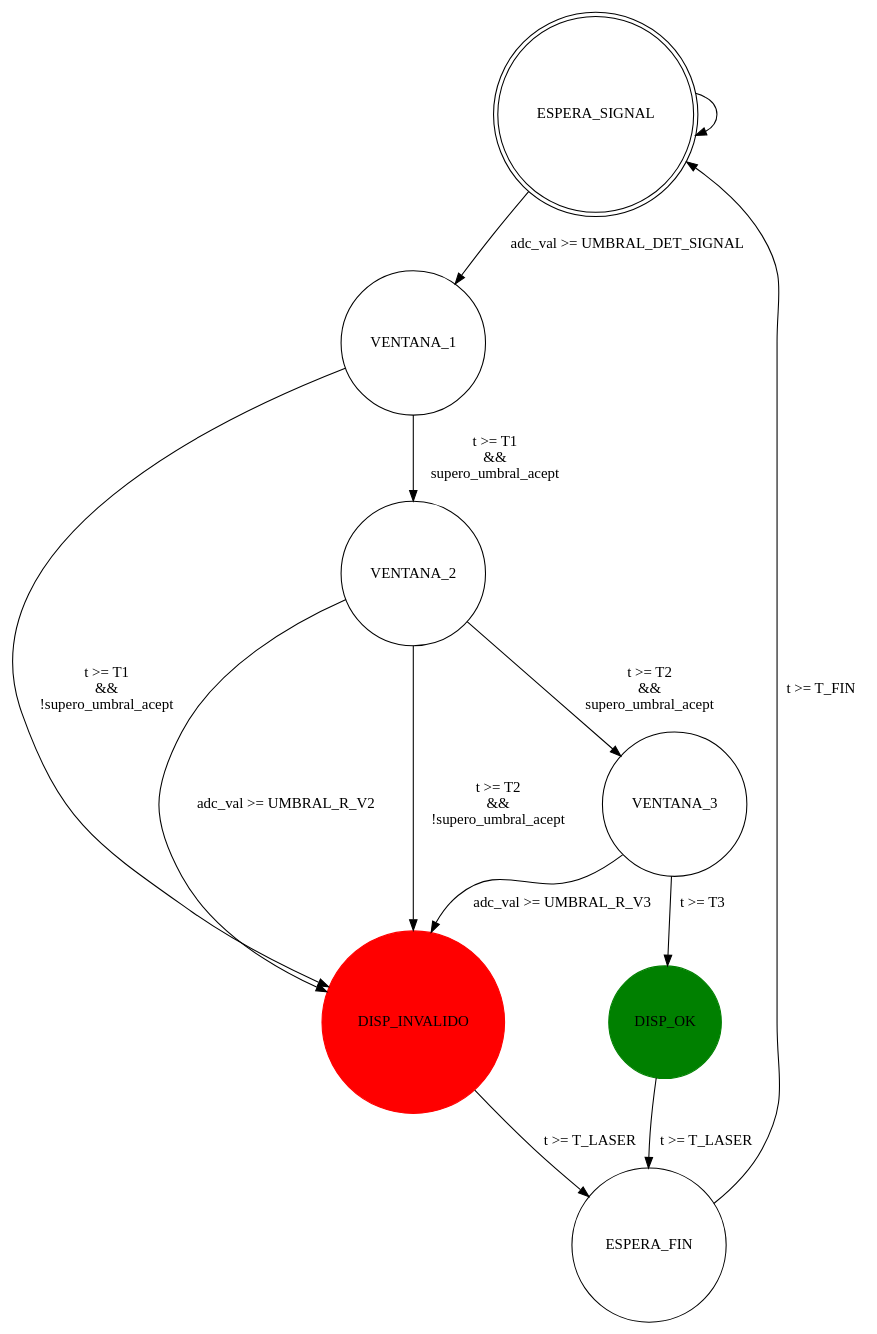
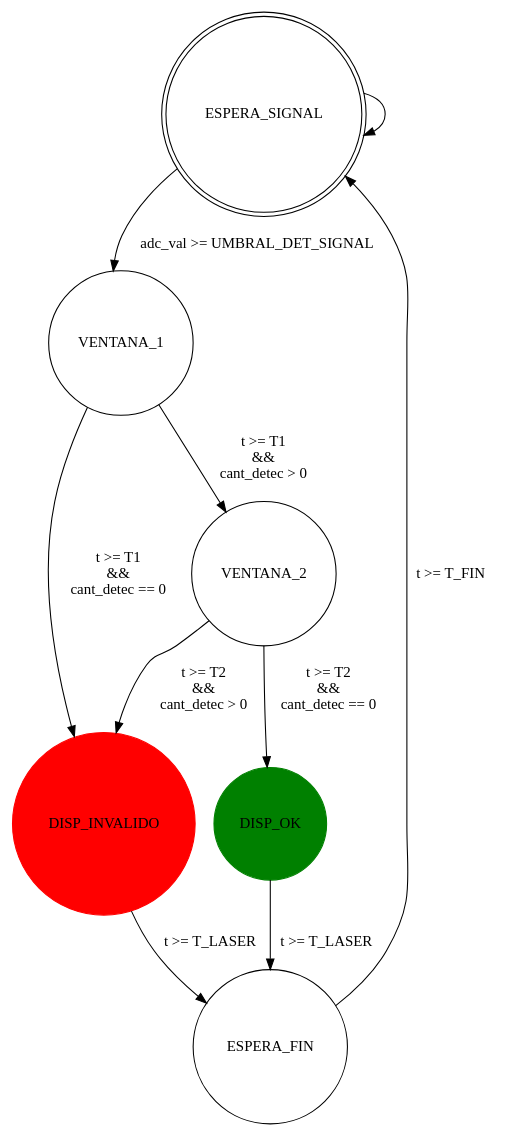
The diagram in fsm.dot (harboleas/deteccion_disparo), drawn with Graphviz before and after one commit. The commit also changed 1 other file, not shown here.

```diff
--- a/fsm.dot
+++ b/fsm.dot
@@ -1,20 +1,17 @@
 digraph FSM
 {
     ESPERA_SIGNAL [shape = doublecircle];
     node [ shape = circle ];
     DISP_OK [ color = green style=filled ];
     DISP_INVALIDO [ color = red style=filled ];
     ESPERA_SIGNAL -> ESPERA_SIGNAL;
     ESPERA_SIGNAL -> VENTANA_1  [ label = "adc_val >= UMBRAL_DET_SIGNAL" ];
-    VENTANA_1 -> VENTANA_2 [ label = "t >= T1\n&&\nsupero_umbral_acept" ];
-    VENTANA_1 -> DISP_INVALIDO [ label = "t >= T1\n&&\n!supero_umbral_acept" ];
-    VENTANA_2 -> DISP_INVALIDO [ label = "adc_val >= UMBRAL_R_V2" ];
-    VENTANA_2 -> VENTANA_3 [ label = "t >= T2\n&&\nsupero_umbral_acept" ];
-    VENTANA_2 -> DISP_INVALIDO [ label = "t >= T2\n&&\n!supero_umbral_acept" ];
-    VENTANA_3 -> DISP_INVALIDO [ label = "adc_val >= UMBRAL_R_V3" ];
-    VENTANA_3 -> DISP_OK [ label = "t >= T3" ];
+    VENTANA_1 -> VENTANA_2 [ label = "t >= T1\n&&\ncant_detec > 0" ];
+    VENTANA_1 -> DISP_INVALIDO [ label = "t >= T1\n&&\ncant_detec == 0" ];
+    VENTANA_2 -> DISP_INVALIDO [ label = "t >= T2\n&&\ncant_detec > 0" ];
+    VENTANA_2 -> DISP_OK [ label = "t >= T2\n&&\ncant_detec == 0" ];
     DISP_OK -> ESPERA_FIN [ label = "t >= T_LASER" ];
     DISP_INVALIDO -> ESPERA_FIN [ label = "t >= T_LASER" ];
     ESPERA_FIN -> ESPERA_SIGNAL [ label = "t >= T_FIN" ];
 
 }
```
